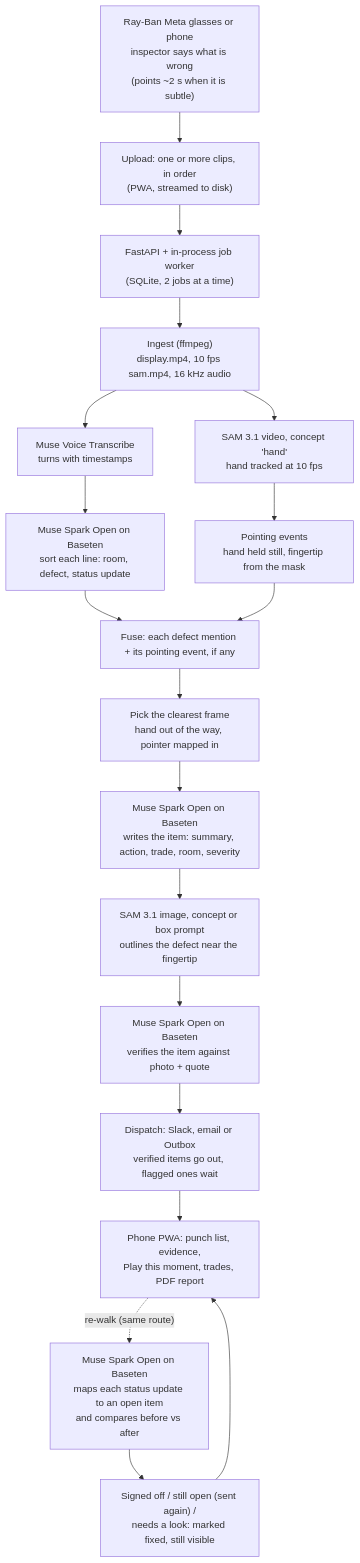
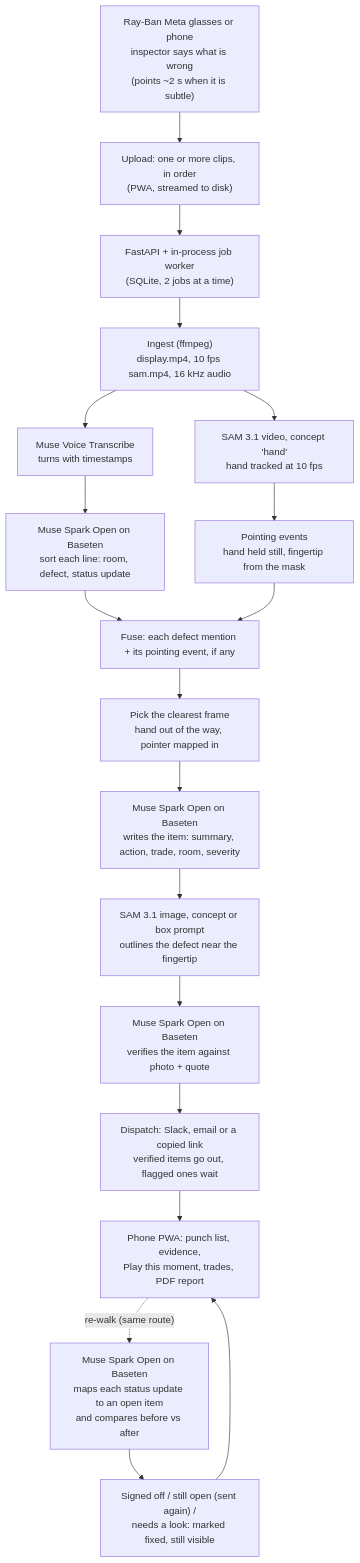
The diagram in README.md (lucianobogo/punchwalk), drawn with Mermaid before and after one commit. The commit also changed other lines of this file, not shown here.

Commit message:
README: 'Copy link' instead of 'Outbox'

````diff
--- a/README.md
+++ b/README.md
@@ -55,21 +55,21 @@
 ```mermaid
 flowchart TD
     A["Ray-Ban Meta glasses or phone<br/>inspector says what is wrong<br/>(points ~2 s when it is subtle)"] --> B["Upload: one or more clips, in order<br/>(PWA, streamed to disk)"]
     B --> C["FastAPI + in-process job worker<br/>(SQLite, 2 jobs at a time)"]
     C --> D["Ingest (ffmpeg)<br/>display.mp4, 10 fps sam.mp4, 16 kHz audio"]
     D --> E["Muse Voice Transcribe<br/>turns with timestamps"]
     D --> F["SAM 3.1 video, concept 'hand'<br/>hand tracked at 10 fps"]
     E --> G["Muse Spark Open on Baseten<br/>sort each line: room, defect, status update"]
     F --> H["Pointing events<br/>hand held still, fingertip from the mask"]
     G --> I["Fuse: each defect mention + its pointing event, if any"]
     H --> I
     I --> J["Pick the clearest frame<br/>hand out of the way, pointer mapped in"]
     J --> K["Muse Spark Open on Baseten<br/>writes the item: summary, action, trade, room, severity"]
     K --> L["SAM 3.1 image, concept or box prompt<br/>outlines the defect near the fingertip"]
     L --> M["Muse Spark Open on Baseten<br/>verifies the item against photo + quote"]
-    M --> N["Dispatch: Slack, email or Outbox<br/>verified items go out, flagged ones wait"]
+    M --> N["Dispatch: Slack, email or a copied link<br/>verified items go out, flagged ones wait"]
     N --> O["Phone PWA: punch list, evidence,<br/>Play this moment, trades, PDF report"]
     O -. "re-walk (same route)" .-> P["Muse Spark Open on Baseten<br/>maps each status update to an open item<br/>and compares before vs after"]
     P --> Q["Signed off / still open (sent again) /<br/>needs a look: marked fixed, still visible"]
     Q --> O
 ```
````
